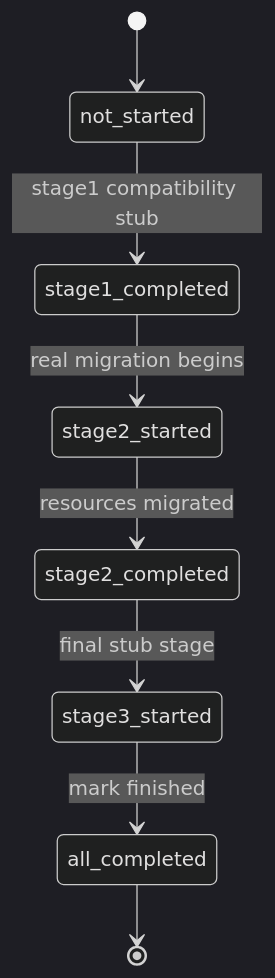
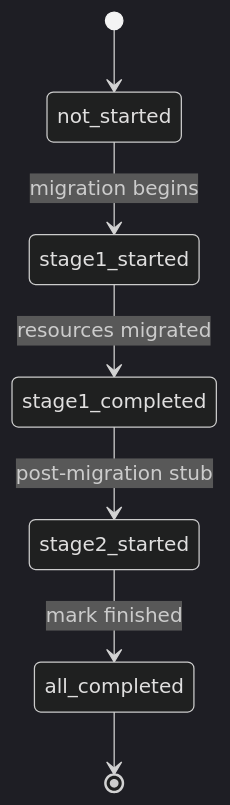
Before and after one commit to deckhouse/sds-replicated-volume: the first of 2 diagrams in images/linstor-migrator/README.md, drawn with Mermaid (dark theme). The commit also changed other lines of this file and 19 other files, not shown here.

````diff
--- a/images/linstor-migrator/README.md
+++ b/images/linstor-migrator/README.md
@@ -40,10 +28,9 @@
 ```mermaid
 stateDiagram-v2
     [*] --> not_started
-    not_started --> stage1_completed : stage1 compatibility stub
-    stage1_completed --> stage2_started : real migration begins
-    stage2_started --> stage2_completed : resources migrated
-    stage2_completed --> stage3_started : final stub stage
-    stage3_started --> all_completed : mark finished
+    not_started --> stage1_started : migration begins
+    stage1_started --> stage1_completed : resources migrated
+    stage1_completed --> stage2_started : post-migration stub
+    stage2_started --> all_completed : mark finished
     all_completed --> [*]
 ```
````
